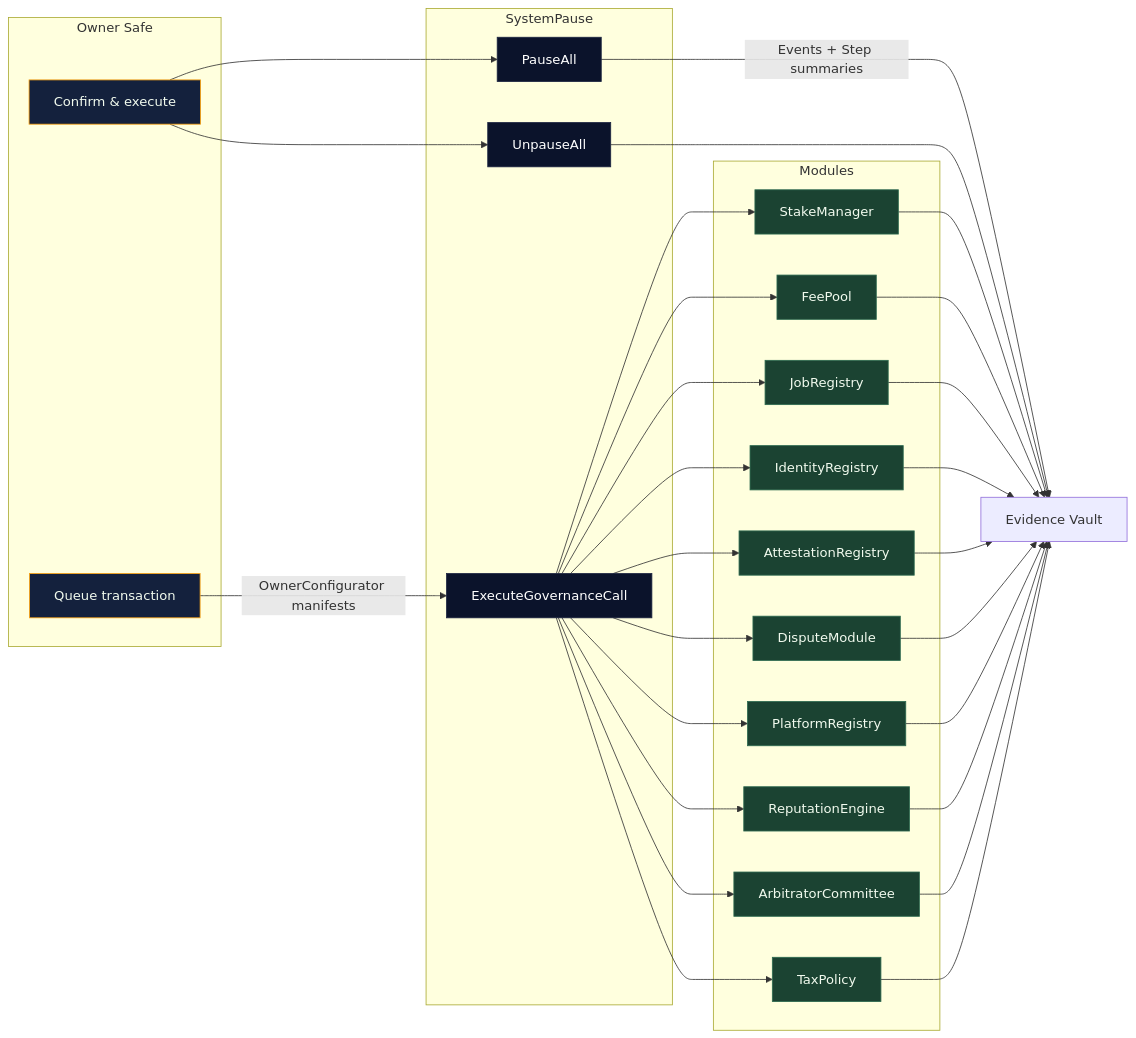
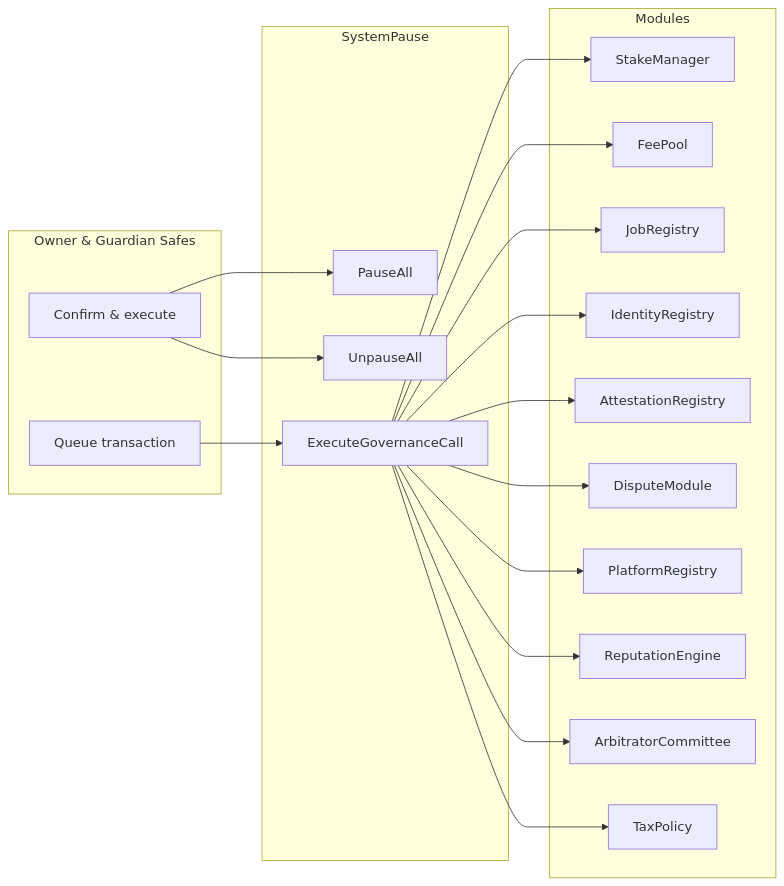
The first of 2 diagrams in docs/operations/README.md (MontrealAI/agijobs-sovereign-labor-v0p1), drawn with Mermaid before and after one commit. The commit also changed other lines of this file and 7 other files, not shown here.

````diff
--- a/docs/operations/README.md
+++ b/docs/operations/README.md
@@ -24,55 +23,33 @@
 ```mermaid
 flowchart LR
-    subgraph Safe[Owner Safe]
+    subgraph Safe[Owner & Guardian Safes]
         queue[Queue transaction]
         confirm[Confirm & execute]
     end
-    subgraph SystemPause
+    subgraph Router[SystemPause]
         pauseAll[PauseAll]
         resume[UnpauseAll]
         batch[ExecuteGovernanceCall]
     end
     subgraph Modules
         stake[StakeManager]
         fee[FeePool]
         job[JobRegistry]
         identity[IdentityRegistry]
         attest[AttestationRegistry]
         dispute[DisputeModule]
         platform[PlatformRegistry]
         rep[ReputationEngine]
         committee[ArbitratorCommittee]
         tax[TaxPolicy]
     end
-    queue -->|OwnerConfigurator manifests| batch
+
+    queue --> batch
     confirm --> pauseAll
     confirm --> resume
-    batch --> stake
-    batch --> fee
-    batch --> job
-    batch --> identity
-    batch --> attest
-    batch --> dispute
-    batch --> platform
-    batch --> rep
-    batch --> committee
-    batch --> tax
-    pauseAll -->|Events + Step summaries| log[Evidence Vault]
-    resume --> log
-    stake --> log
-    fee --> log
-    job --> log
-    identity --> log
-    attest --> log
-    dispute --> log
-    platform --> log
-    rep --> log
-    committee --> log
-    tax --> log
+    batch --> stake & fee & job & identity & attest & dispute & platform & rep & committee & tax
+
     classDef safe fill:#14213d,stroke:#fca311,color:#f1faee;
-    classDef system fill:#0b132b,stroke:#1c2541,color:#ffffff;
+    classDef router fill:#0b132b,stroke:#1c2541,color:#fff;
     classDef modules fill:#1b4332,stroke:#2d6a4f,color:#f1faee;
-    class queue,confirm safe;
-    class pauseAll,resume,batch system;
-    class stake,fee,job,identity,attest,dispute,platform,rep,committee,tax modules;
 ```
````
